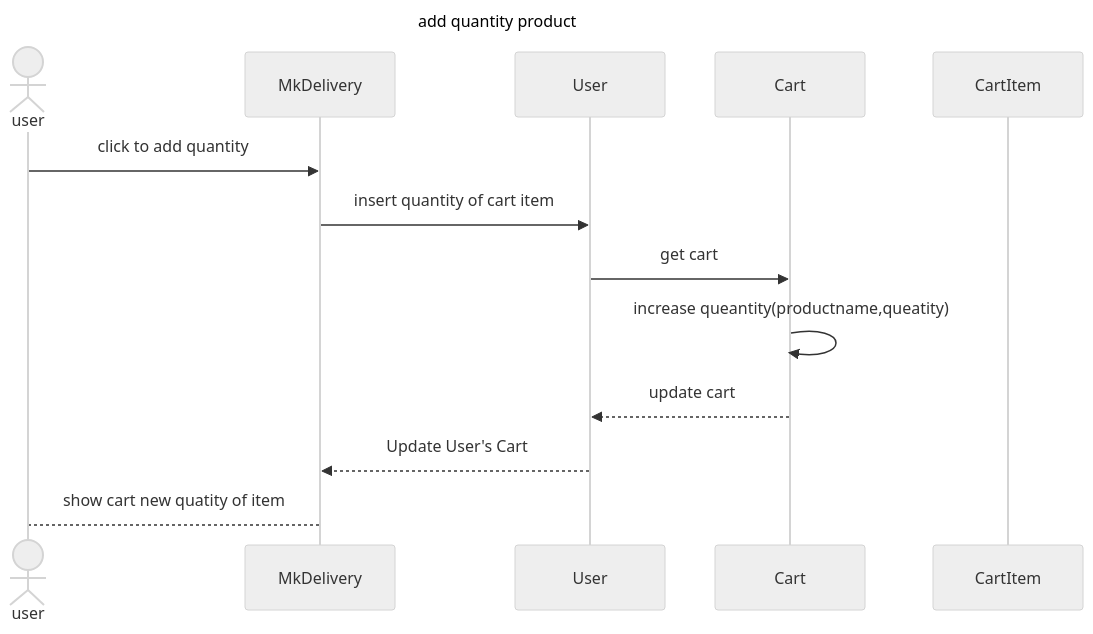
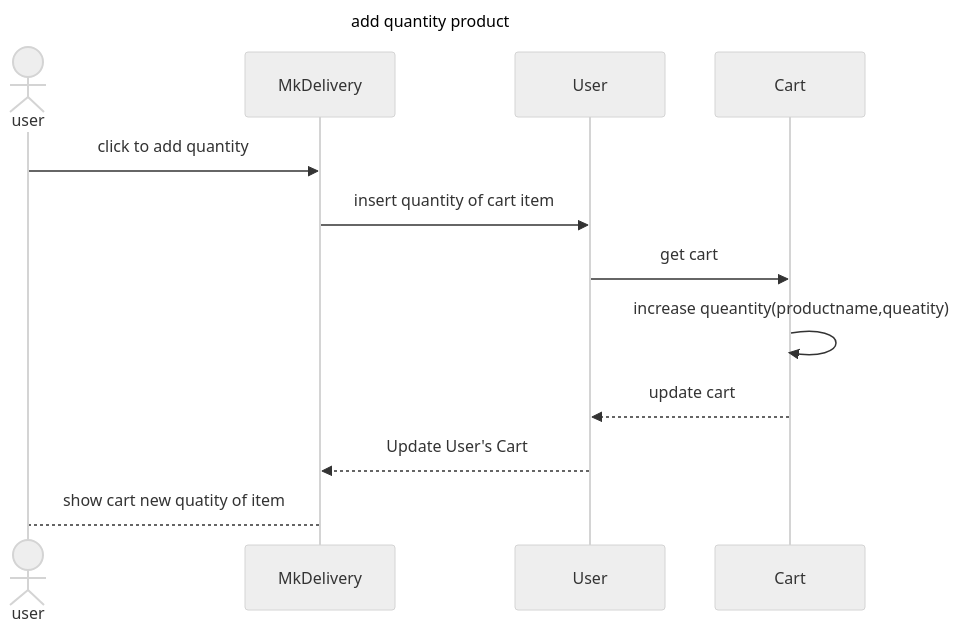
One commit to MxMhx/OOP_Project_MK_website changed the diagram in sequence_diag/cart/add quantity cartitem.mmd. Above: the diagram before and after it, drawn with Mermaid (neutral theme). The commit also changed 1 other file, not shown here.

Commit message:
fix sq add to cart

```diff
--- a/sequence_diag/cart/add quantity cartitem.mmd
+++ b/sequence_diag/cart/add quantity cartitem.mmd
@@ -1,14 +1,13 @@
 sequenceDiagram
     title add quantity product
     actor user 
     participant MkDelivery
     participant User
     participant Cart 
-    participant CartItem
     user ->> MkDelivery:click to add quantity
     MkDelivery ->> User :insert quantity of cart item
     User ->> Cart : get cart 
     Cart ->> Cart : increase queantity(productname,queatity)
     Cart -->> User :update cart 
     User -->> MkDelivery: Update User's Cart
     MkDelivery --> user: show cart new quatity of item
```
